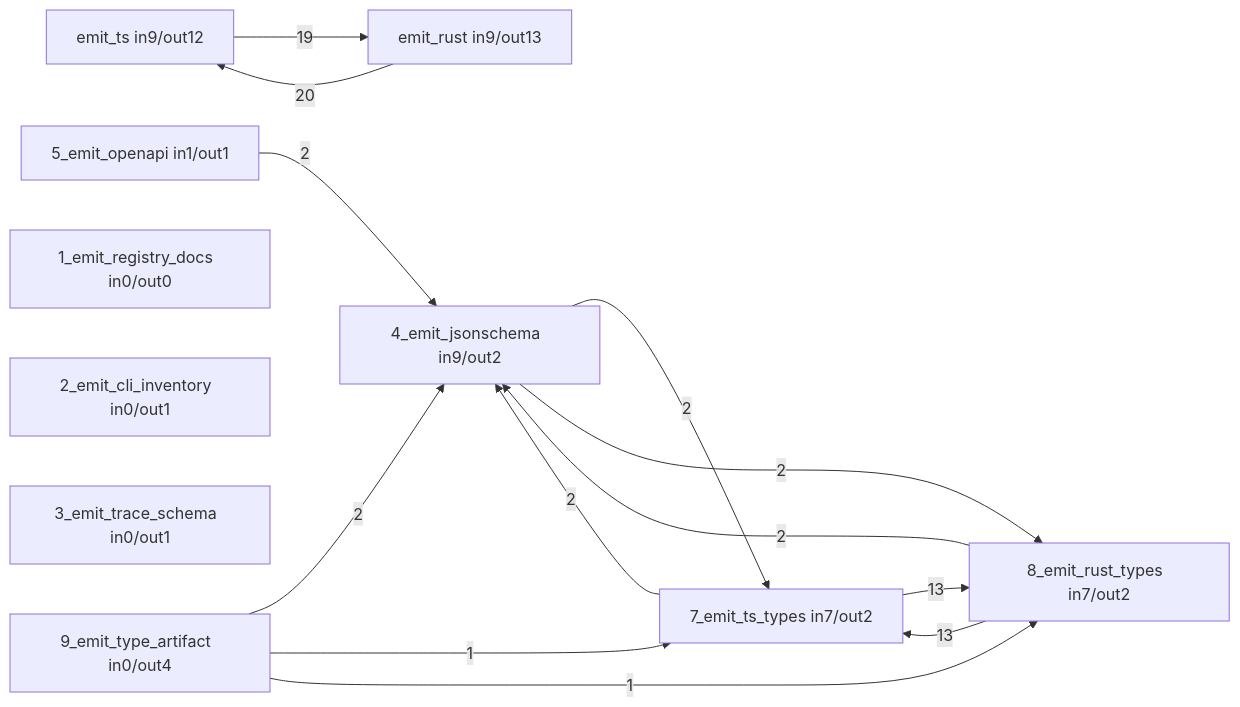
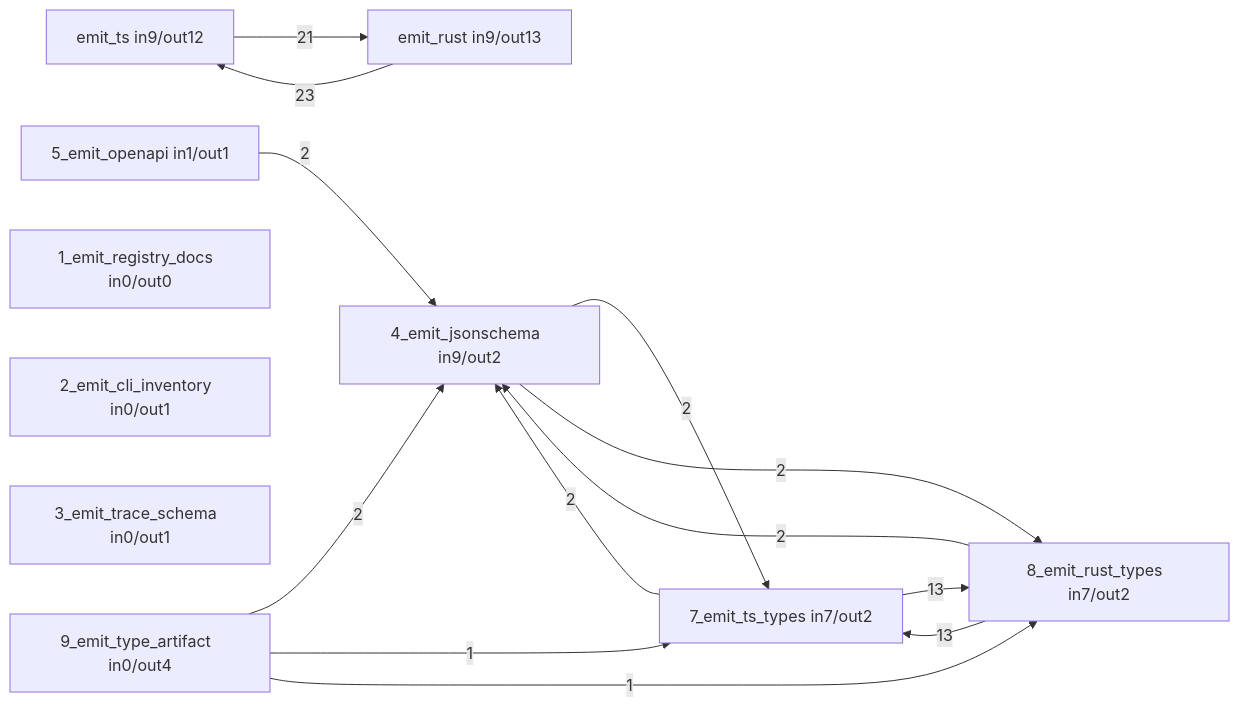
Before and after one commit to hafley66/sprefa: the fourth of 6 diagrams in docs/selfdoc/compiler.md, drawn with Mermaid. The commit also changed other lines of this file, not shown here.

Commit message:
selfdoc: compiler.md follows the cadence re-spell

````diff
--- a/docs/selfdoc/compiler.md
+++ b/docs/selfdoc/compiler.md
@@ -195,25 +195,25 @@
 ```mermaid
 flowchart LR
   n1["emit_ts  in9/out12"]
   n2["emit_rust  in9/out13"]
   n3["4_emit_jsonschema  in9/out2"]
   n4["8_emit_rust_types  in7/out2"]
   n5["7_emit_ts_types  in7/out2"]
   n6["5_emit_openapi  in1/out1"]
   n7["1_emit_registry_docs  in0/out0"]
   n8["2_emit_cli_inventory  in0/out1"]
   n9["3_emit_trace_schema  in0/out1"]
   n10["9_emit_type_artifact  in0/out4"]
-  n2 -->|20| n1
-  n1 -->|19| n2
+  n2 -->|23| n1
+  n1 -->|21| n2
   n5 -->|13| n4
   n4 -->|13| n5
   n3 -->|2| n5
   n3 -->|2| n4
   n6 -->|2| n3
   n5 -->|2| n3
   n4 -->|2| n3
   n10 -->|2| n3
   n10 -->|1| n5
   n10 -->|1| n4
 ```
````
